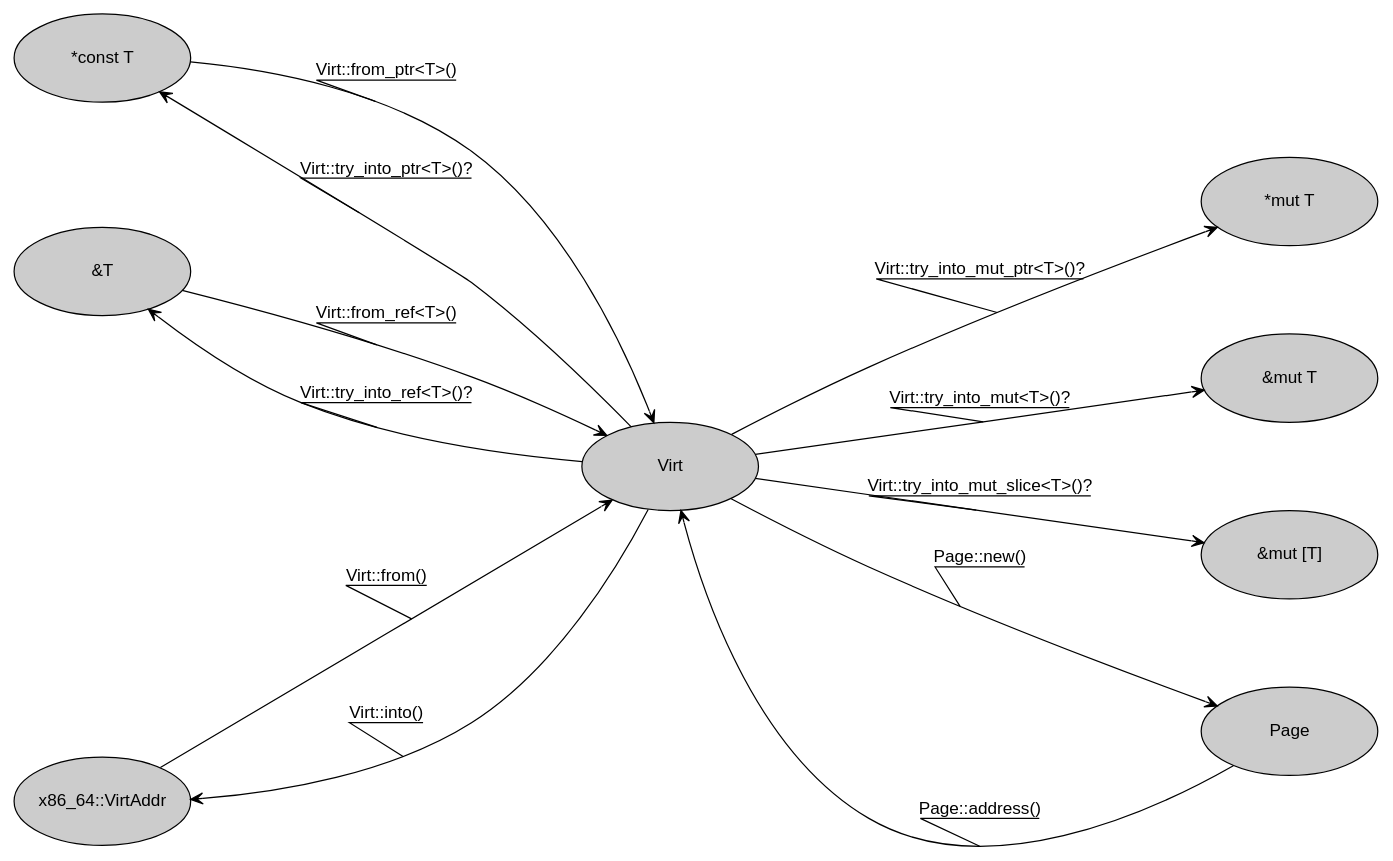
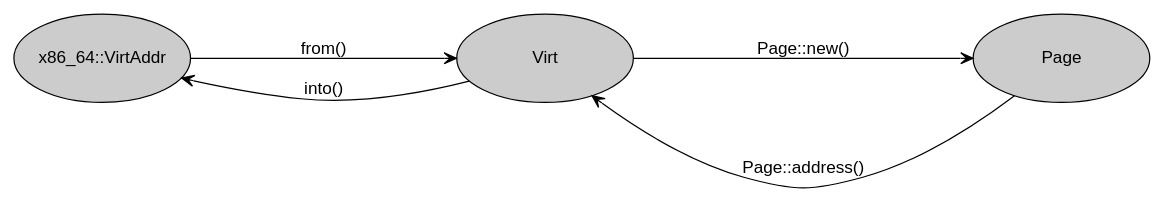
The diagram in lab/src/2-mm-0-intro-3-virt.dot (AntonGlinisty/nikka-practice), drawn with Graphviz before and after one commit. The commit also changed 14 other files, not shown here.

```diff
--- a/lab/src/2-mm-0-intro-3-virt.dot
+++ b/lab/src/2-mm-0-intro-3-virt.dot
@@ -1,39 +1,20 @@
 digraph diagram {
     rankdir = LR
     ranksep = 2.5
     nodesep = 1
 
     fontname="Helvetica,Arial,sans-serif"
 
     node [fontname = "Helvetica,Arial,sans-serif"; width = 2.0; height = 1.0; style = filled; fillcolor = "#CCCCCC"]
     edge [arrowhead = vee; fontname="Helvetica,Arial,sans-serif"]
 
     Virt
-
-    const_ptr [label = "*const T"]
-    const_ref [label = "&T"]
-    left_blank [style = invis]
     VirtAddr [label = "x86_64::VirtAddr"]
-
-    const_ref -> left_blank [constraint = false; style = invis]
-    left_blank -> VirtAddr [constraint = false; style = invis]
-
-    mut_ptr [label = "*mut T"]
-    mut_ref [label = "&mut T"]
-    mut_slice [label = "&mut [T]"]
     Page
 
-    const_ptr -> Virt [label = "Virt::from_ptr<T>()"; decorate=true]
-    const_ref -> Virt [label = "Virt::from_ref<T>()"; decorate=true]
-    Page -> Virt [constraint = false; label = "Page::address()"; decorate=true]
-    left_blank -> Virt [style = invis]
-    VirtAddr -> Virt [label = "Virt::from()"; decorate=true]
+    Page -> Virt [constraint = false; label = "Page::address()"]
+    VirtAddr -> Virt [label = "from()"]
 
-    Virt -> const_ptr [constraint = false; label = "Virt::try_into_ptr<T>()?"; decorate=true]
-    Virt -> const_ref [constraint = false; label = "Virt::try_into_ref<T>()?"; decorate=true]
-    Virt -> mut_ptr [label = "Virt::try_into_mut_ptr<T>()?"; decorate=true]
-    Virt -> mut_ref [label = "Virt::try_into_mut<T>()?"; decorate=true]
-    Virt -> mut_slice [label = "Virt::try_into_mut_slice<T>()?"; decorate=true]
-    Virt -> Page [label = "Page::new()"; labelangle=-10; labeldistance=12; decorate=true]
-    Virt -> VirtAddr [constraint = false; label = "Virt::into()"; decorate=true]
+    Virt -> Page [label = "Page::new()"]
+    Virt -> VirtAddr [constraint = false; label = "into()"]
 }
```
